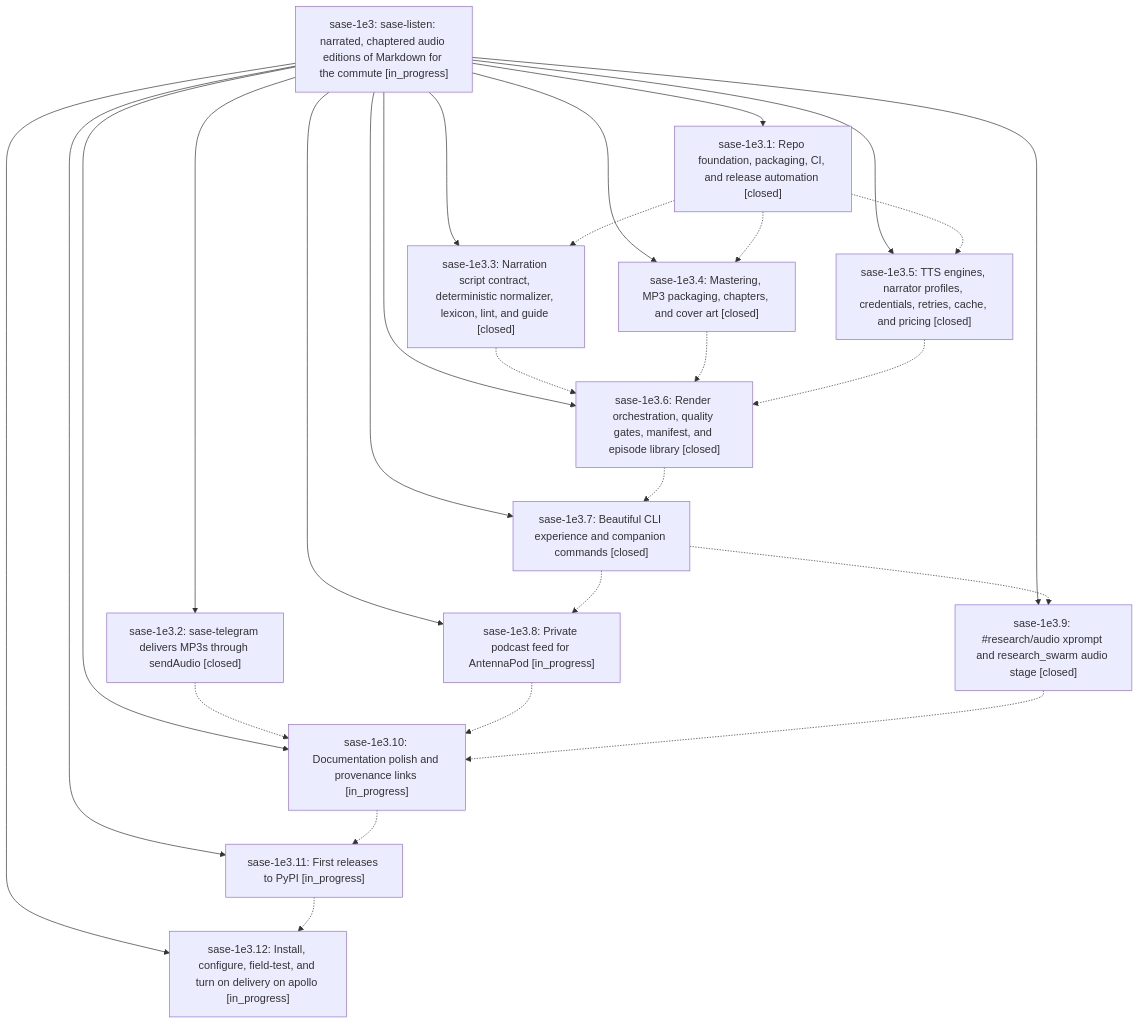
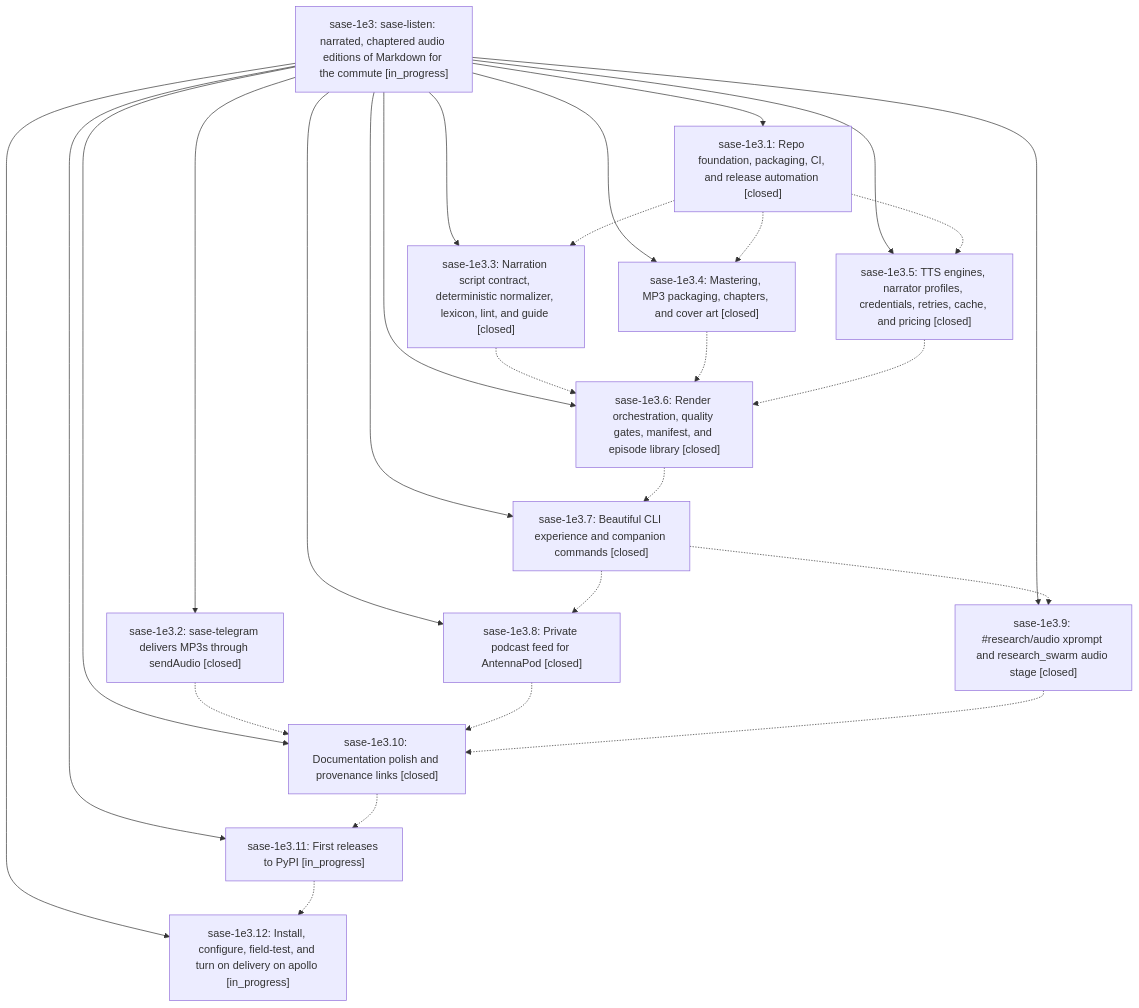
One commit to sase-org/sase--beads changed the diagram in pages/sase-1e3/README.md. Above: the diagram before and after it, drawn with Mermaid. The commit also changed other lines of this file and 6 other files, not shown here.

````diff
--- a/pages/sase-1e3/README.md
+++ b/pages/sase-1e3/README.md
@@ -47,42 +47,42 @@
 ```mermaid
 flowchart TD
     n0["sase-1e3: sase-listen: narrated, chaptered audio editions of Markdown for the commute [in_progress]"]
     n1["sase-1e3.1: Repo foundation, packaging, CI, and release automation [closed]"]
-    n2["sase-1e3.10: Documentation polish and provenance links [in_progress]"]
+    n2["sase-1e3.10: Documentation polish and provenance links [closed]"]
     n3["sase-1e3.11: First releases to PyPI [in_progress]"]
     n4["sase-1e3.12: Install, configure, field-test, and turn on delivery on apollo [in_progress]"]
     n5["sase-1e3.2: sase-telegram delivers MP3s through sendAudio [closed]"]
     n6["sase-1e3.3: Narration script contract, deterministic normalizer, lexicon, lint, and guide [closed]"]
     n7["sase-1e3.4: Mastering, MP3 packaging, chapters, and cover art [closed]"]
     n8["sase-1e3.5: TTS engines, narrator profiles, credentials, retries, cache, and pricing [closed]"]
     n9["sase-1e3.6: Render orchestration, quality gates, manifest, and episode library [closed]"]
     n10["sase-1e3.7: Beautiful CLI experience and companion commands [closed]"]
-    n11["sase-1e3.8: Private podcast feed for AntennaPod [in_progress]"]
+    n11["sase-1e3.8: Private podcast feed for AntennaPod [closed]"]
     n12["sase-1e3.9: #research/audio xprompt and research_swarm audio stage [closed]"]
     n0 --> n1
     n0 --> n2
     n0 --> n3
     n0 --> n4
     n0 --> n5
     n0 --> n6
     n0 --> n7
     n0 --> n8
     n0 --> n9
     n0 --> n10
     n0 --> n11
     n0 --> n12
     n1 -.-> n6
     n1 -.-> n7
     n1 -.-> n8
     n2 -.-> n3
     n3 -.-> n4
     n5 -.-> n2
     n6 -.-> n9
     n7 -.-> n9
     n8 -.-> n9
     n9 -.-> n10
     n10 -.-> n11
     n10 -.-> n12
     n11 -.-> n2
     n12 -.-> n2
 ```
````
